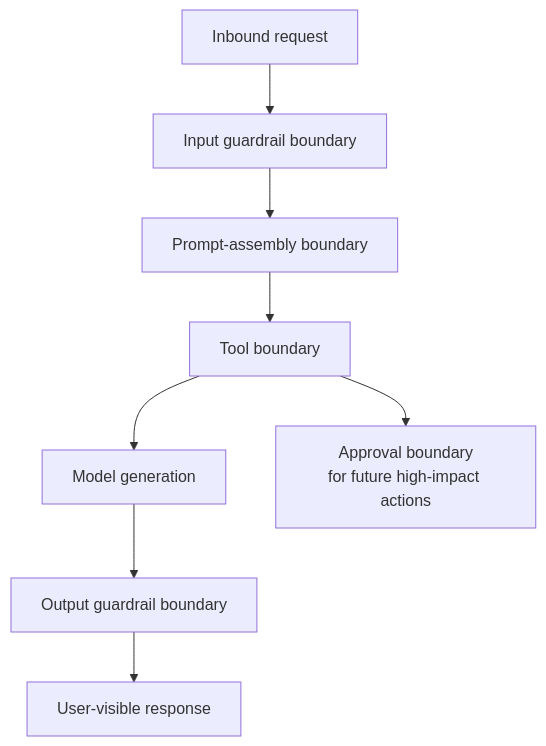
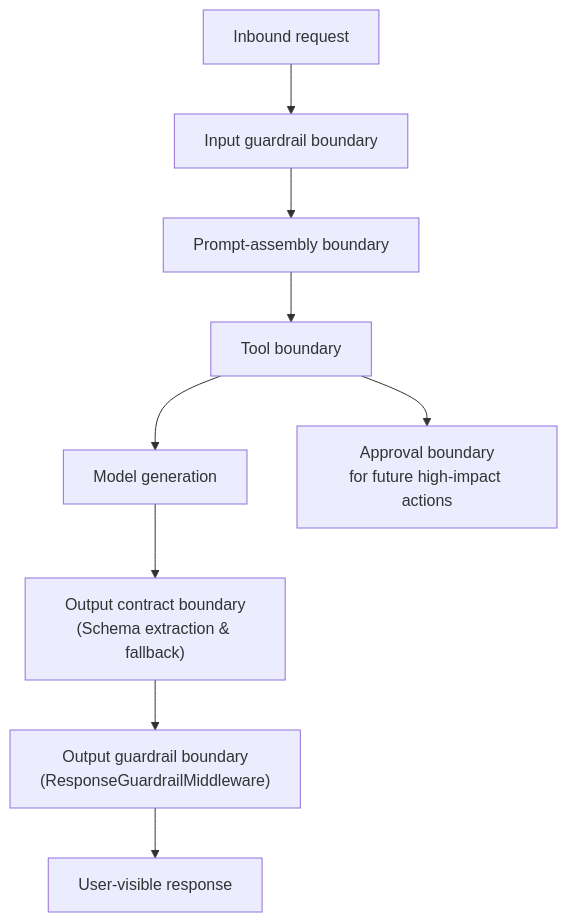
Diagram 16 of 18 in docs/domains/agent/ARCHITECTURE_DESIGN.md (d-dragon/dp-stock-investment-assistant), drawn with Mermaid before and after one commit. The commit also changed other lines of this file and 7 other files, not shown here.

Commit message:
docs(agent): 'structure outputs' - initialize architecture design, ADRs, requirements, technical design along with clarified roadmap.

````diff
--- a/docs/domains/agent/ARCHITECTURE_DESIGN.md
+++ b/docs/domains/agent/ARCHITECTURE_DESIGN.md
@@ -1189,10 +1216,11 @@
 ```mermaid
 flowchart TD
   Inbound["Inbound request"] --> Input["Input guardrail boundary"]
   Input --> Assemble["Prompt-assembly boundary"]
   Assemble --> Tooling["Tool boundary"]
   Tooling --> Model["Model generation"]
-  Model --> Output["Output guardrail boundary"]
+  Model --> Contract["Output contract boundary\n(Schema extraction & fallback)"]
+  Contract --> Output["Output guardrail boundary\n(ResponseGuardrailMiddleware)"]
   Output --> Surface["User-visible response"]
   Tooling --> Approval["Approval boundary\nfor future high-impact actions"]
 ```
````
